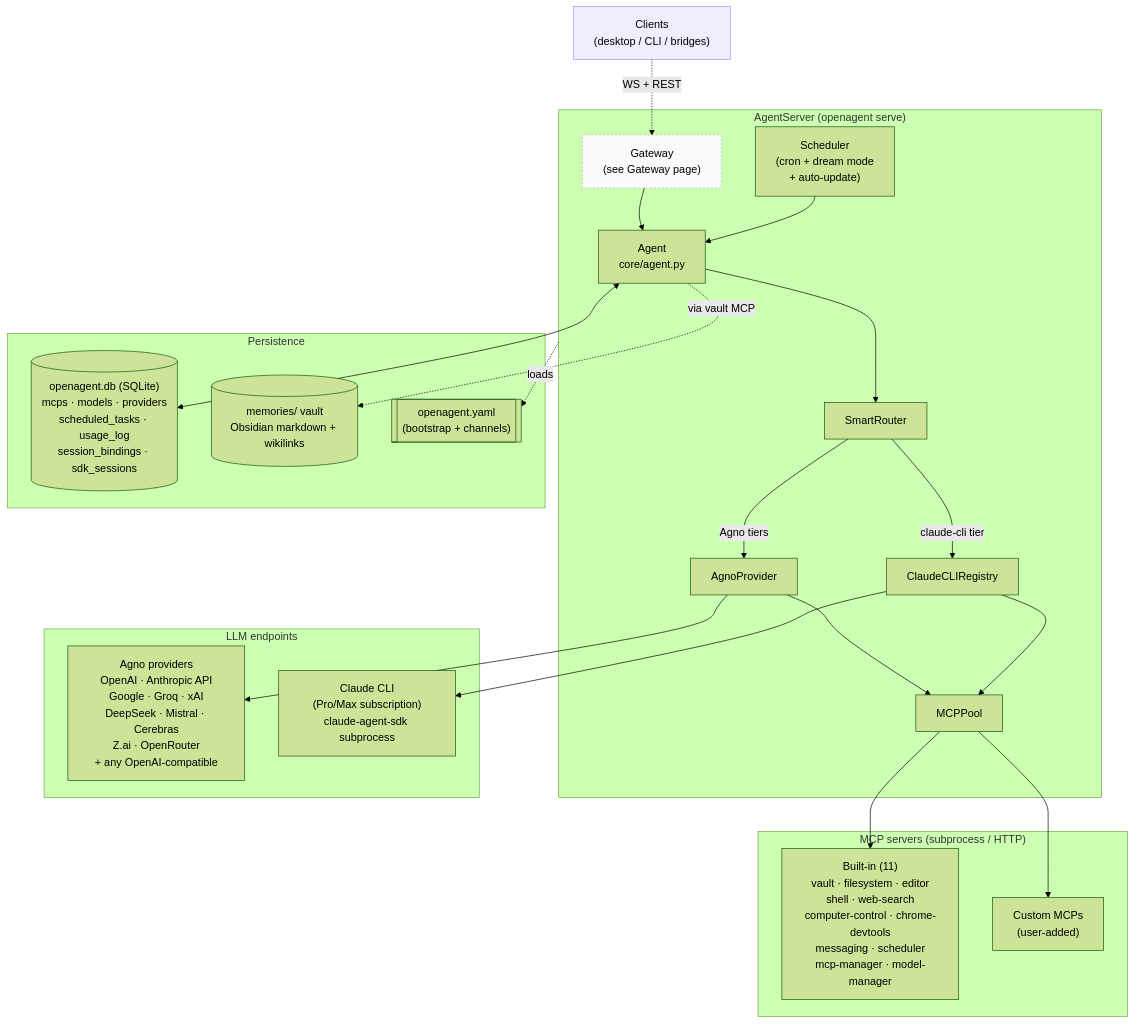
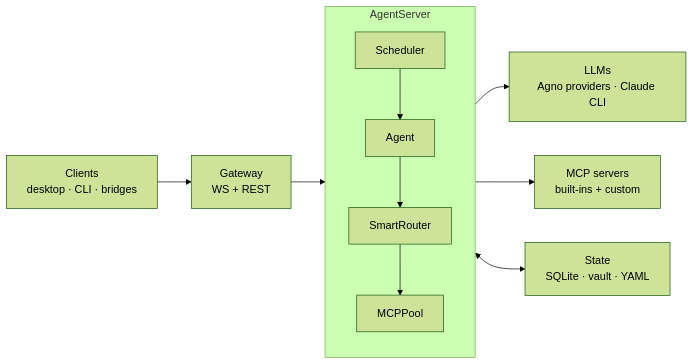
The first of 8 diagrams in guide/architecture.md (openagent-uno/openagent-docs), drawn with Mermaid (forest theme) before and after one commit. The commit also changed other lines of this file and 1 other file, not shown here.

Commit message:
docs(site): theme Mermaid diagrams to the site palette, simplify dense ones
Mermaid was rendering with its default bright-blue/yellow theme, which
clashed with the warm paper/amber palette of the docs site. This wires
the plugin's mermaid config to the exact CSS variables from
custom.css (Geist font, #FAFAF7 paper background, #EBE8E1 borders,
neutral text) so diagrams visually belong to the page.

Also simplifies the component-map and MCP-pool diagrams — both had too
many nodes and crossing edges to read cleanly at rendered size. The
component map is now a flat left-to-right overview with each sub-system
expanded in its own later section; the MCP-pool diagram drops the
inner subgraphs and keeps the five essential steps.

````diff
--- a/guide/architecture.md
+++ b/guide/architecture.md
@@ -19,52 +19,24 @@
 ```mermaid
-flowchart TB
-    Clients["Clients<br/>(desktop / CLI / bridges)"]:::ext
+flowchart LR
+    Clients["Clients<br/>desktop · CLI · bridges"]
+    GW["Gateway<br/>WS + REST"]
 
-    subgraph Server["AgentServer (openagent serve)"]
-        GW["Gateway<br/>(see Gateway page)"]:::thin
-        Agent["Agent<br/>core/agent.py"]
+    subgraph Core["AgentServer"]
+        direction TB
+        Agent["Agent"]
         Router["SmartRouter"]
-        Agno["AgnoProvider"]
-        CCLI["ClaudeCLIRegistry"]
         Pool["MCPPool"]
-        Sched["Scheduler<br/>(cron + dream mode<br/>+ auto-update)"]
+        Sched["Scheduler"]
     end
 
-    subgraph MCPs["MCP servers (subprocess / HTTP)"]
-        Built["Built-in (11)<br/>vault · filesystem · editor<br/>shell · web-search<br/>computer-control · chrome-devtools<br/>messaging · scheduler<br/>mcp-manager · model-manager"]
-        Custom["Custom MCPs<br/>(user-added)"]
-    end
+    LLMs["LLMs<br/>Agno providers · Claude CLI"]
+    MCPs["MCP servers<br/>built-ins + custom"]
+    State["State<br/>SQLite · vault · YAML"]
 
-    subgraph State["Persistence"]
-        DB[("openagent.db (SQLite)<br/>mcps · models · providers<br/>scheduled_tasks · usage_log<br/>session_bindings · sdk_sessions")]
-        Vault[("memories/ vault<br/>Obsidian markdown + wikilinks")]
-        YAML[["openagent.yaml<br/>(bootstrap + channels)"]]
-    end
-
-    subgraph LLMs["LLM endpoints"]
-        AgnoLLM["Agno providers<br/>OpenAI · Anthropic API<br/>Google · Groq · xAI<br/>DeepSeek · Mistral · Cerebras<br/>Z.ai · OpenRouter<br/>+ any OpenAI-compatible"]
-        ClaudeBin["Claude CLI<br/>(Pro/Max subscription)<br/>claude-agent-sdk subprocess"]
-    end
-
-    Clients -.WS + REST.-> GW
-    GW --> Agent
+    Clients --> GW --> Agent
     Sched --> Agent
-
-    Agent --> Router
-    Router -->|Agno tiers| Agno
-    Router -->|claude-cli tier| CCLI
-    Agno --> AgnoLLM
-    CCLI --> ClaudeBin
-
-    Agno --> Pool
-    CCLI --> Pool
-    Pool --> Built
-    Pool --> Custom
-
-    Agent <--> DB
-    Agent -. via vault MCP .-> Vault
-    Server -. loads .-> YAML
-
-    classDef ext fill:#eef,stroke:#99f
-    classDef thin fill:#fafafa,stroke:#bbb,stroke-dasharray:3 3
+    Agent --> Router --> Pool
+    Router --> LLMs
+    Pool --> MCPs
+    Agent <--> State
 ```
````
